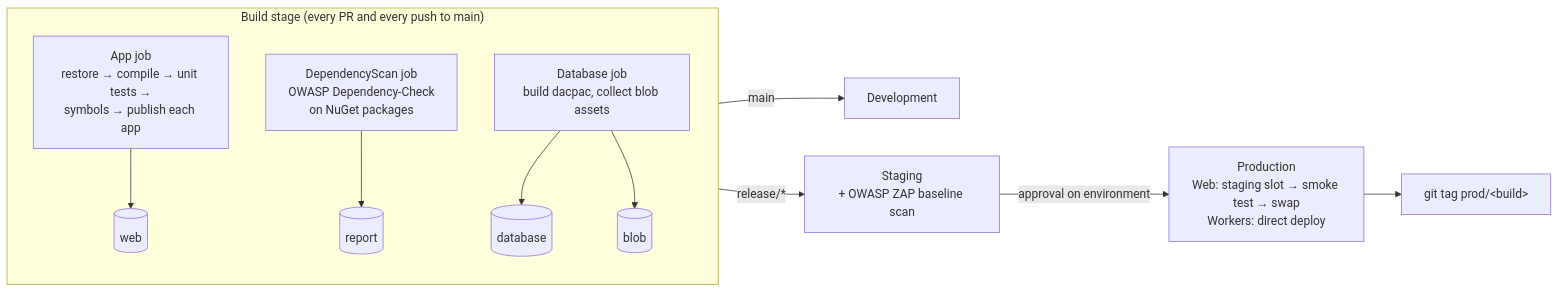
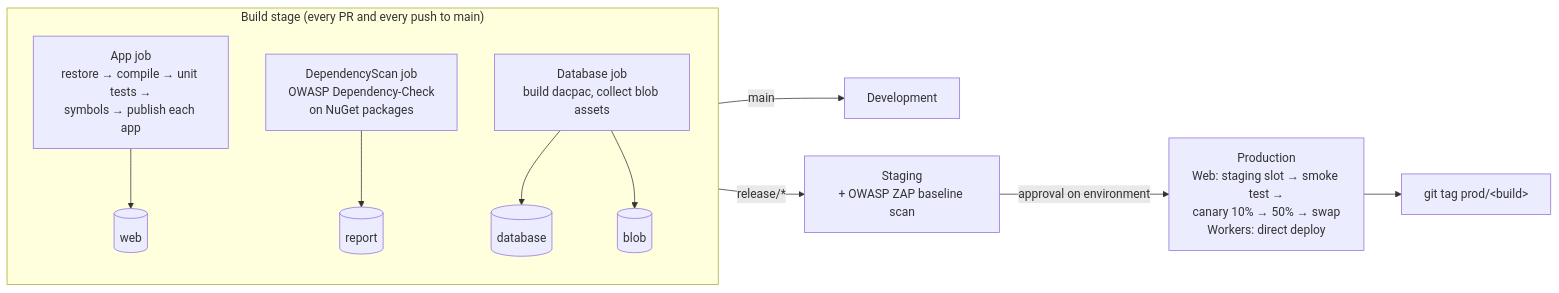
The diagram in docs/pipeline/README.md (VitaliiDruchkovskyi/test), drawn with Mermaid before and after one commit. The commit also changed other lines of this file and 5 other files, not shown here.

First line of the commit message:
ci(deploy): add automatic canary release for production Web app

````diff
--- a/docs/pipeline/README.md
+++ b/docs/pipeline/README.md
@@ -23,14 +23,14 @@
 ```mermaid
 flowchart LR
   subgraph Build["Build stage (every PR and every push to main)"]
     direction TB
     A["App job<br/>restore → compile → unit tests →<br/>symbols → publish each app"] --> W[(web)]
     S["DependencyScan job<br/>OWASP Dependency-Check<br/>on NuGet packages"] --> R[(report)]
     D["Database job<br/>build dacpac, collect blob assets"] --> DB[(database)]
     D --> B[(blob)]
   end
   Build -->|main| Dev[Development]
   Build -->|release/*| Stg["Staging<br/>+ OWASP ZAP baseline scan"]
-  Stg -->|approval on environment| Prod["Production<br/>Web: staging slot → smoke test → swap<br/>Workers: direct deploy"]
+  Stg -->|approval on environment| Prod["Production<br/>Web: staging slot → smoke test →<br/>canary 10% → 50% → swap<br/>Workers: direct deploy"]
   Prod --> Tag["git tag prod/&lt;build&gt;"]
 ```
````
